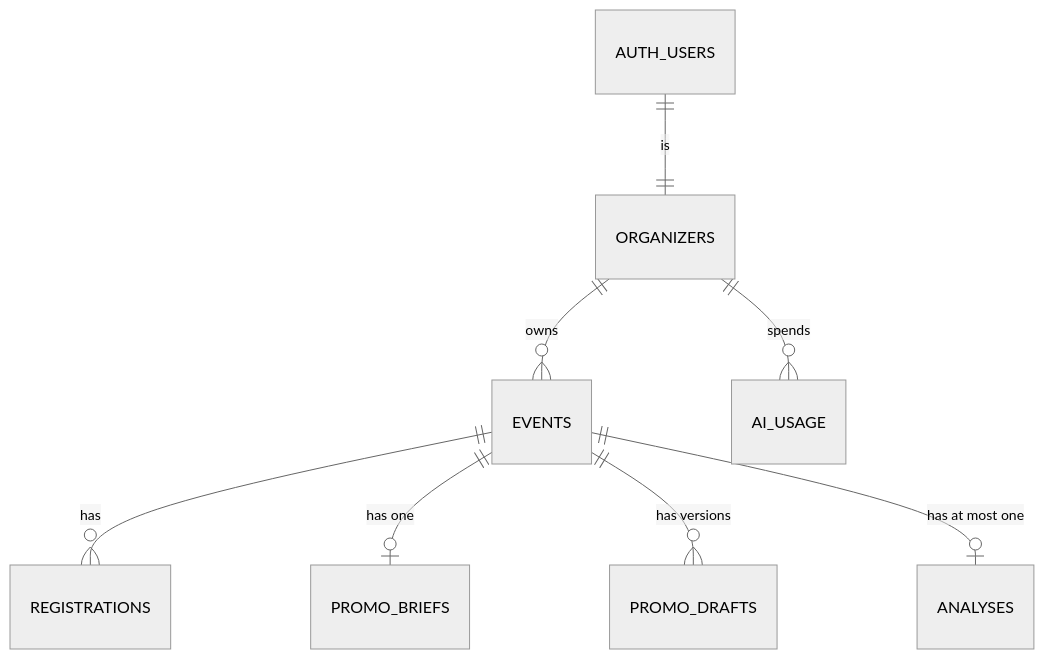
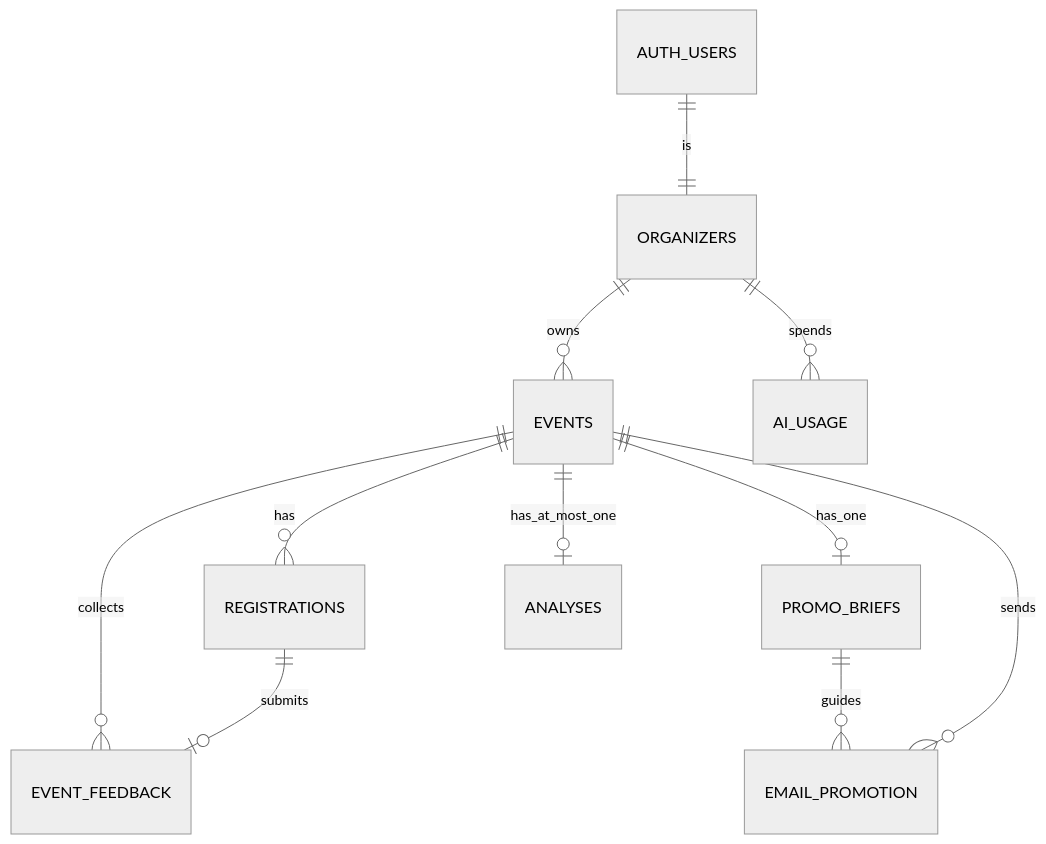
Before and after one commit to chingu-voyages/V63-tier3-team-32: the diagram in docs/data-model.md, drawn with Mermaid (neutral theme). The commit also changed other lines of this file, not shown here.

````diff
--- a/docs/data-model.md
+++ b/docs/data-model.md
@@ -16,10 +24,13 @@
 ```mermaid
 erDiagram
   AUTH_USERS ||--|| ORGANIZERS : "is"
   ORGANIZERS ||--o{ EVENTS : owns
+  ORGANIZERS ||--o{ AI_USAGE : spends
   EVENTS ||--o{ REGISTRATIONS : has
-  EVENTS ||--o| PROMO_BRIEFS : "has one"
-  EVENTS ||--o{ PROMO_DRAFTS : "has versions"
-  EVENTS ||--o| ANALYSES : "has at most one"
-  ORGANIZERS ||--o{ AI_USAGE : spends
+  EVENTS ||--o| PROMO_BRIEFS : "has_one"
+  PROMO_BRIEFS ||--o{ EMAIL_PROMOTION : guides
+  EVENTS ||--o{ EMAIL_PROMOTION : sends
+  EVENTS ||--o{ EVENT_FEEDBACK : collects
+  REGISTRATIONS ||--o| EVENT_FEEDBACK : submits
+  EVENTS ||--o| ANALYSES : "has_at_most_one"
 ```
````
